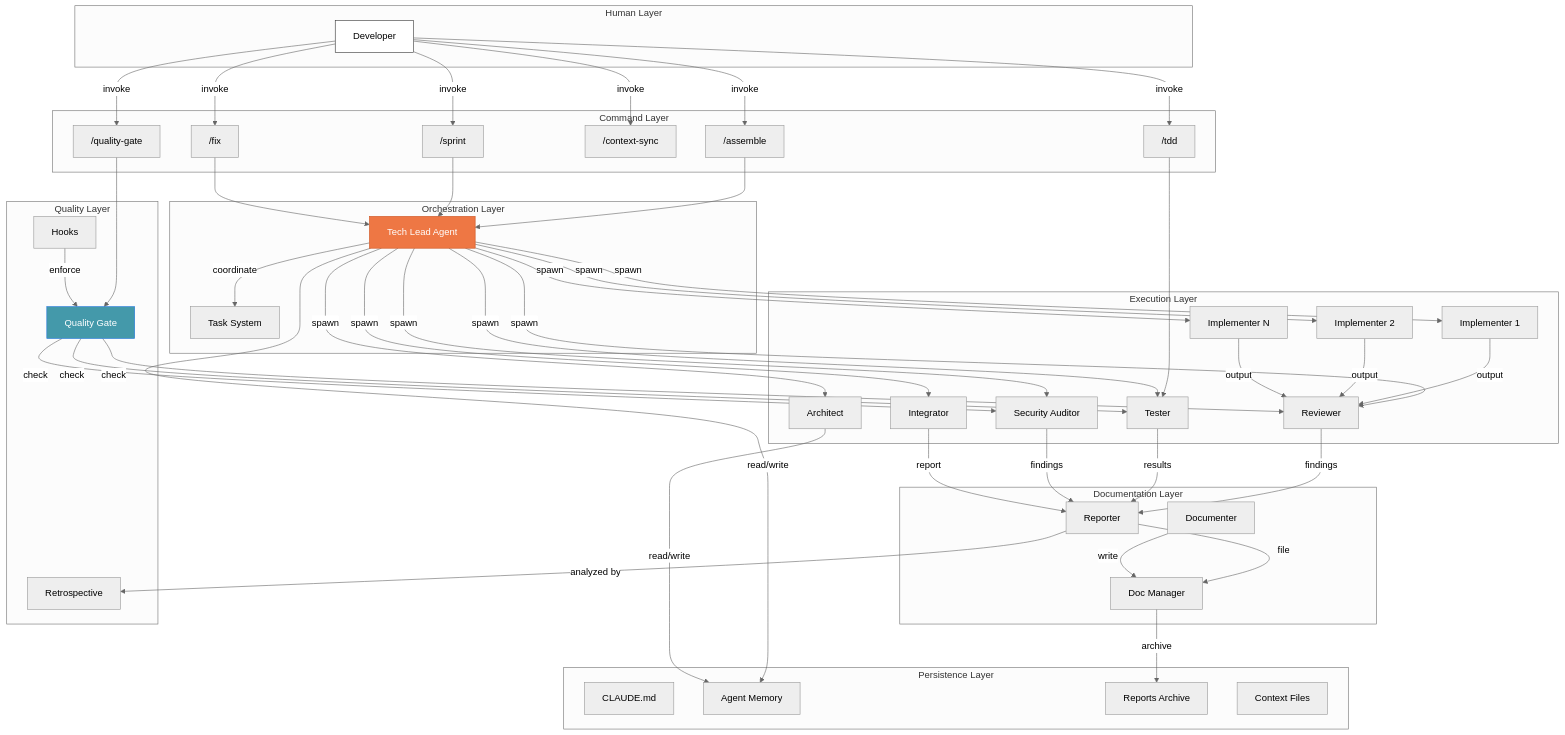
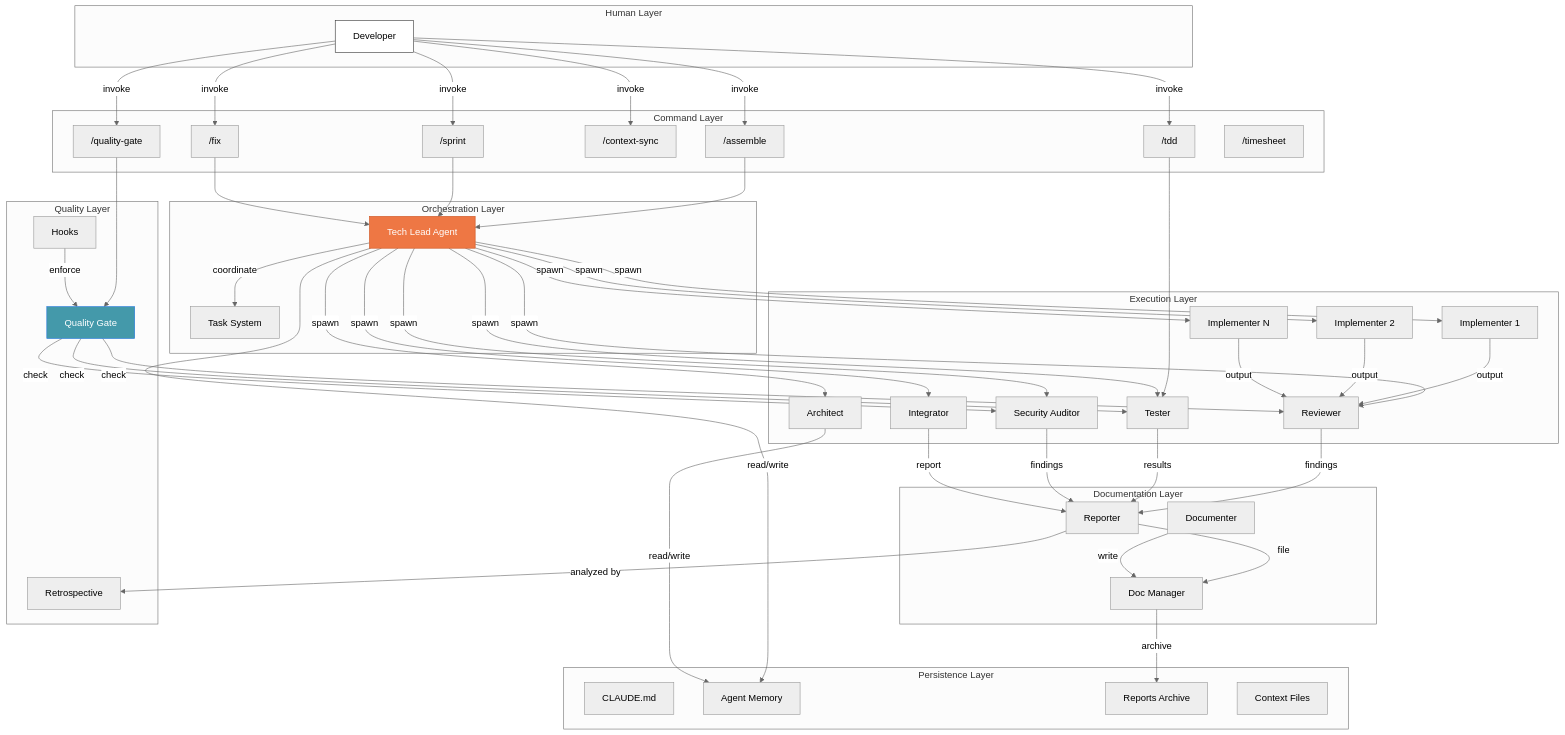
Before and after one commit to Muheng1992/symbiotic-engineering: the second of 18 diagrams in docs/AGENT-ARMY-DESIGN.md, drawn with Mermaid (neutral theme). The commit also changed other lines of this file and 7 other files, not shown here.

```diff
--- a/docs/AGENT-ARMY-DESIGN.md
+++ b/docs/AGENT-ARMY-DESIGN.md
@@ -81,6 +81,7 @@
         S4["/context-sync"]
         S5t["/tdd"]
         S6f["/fix"]
+        S7ts["/timesheet"]
     end
 
     subgraph "Orchestration Layer"
```
